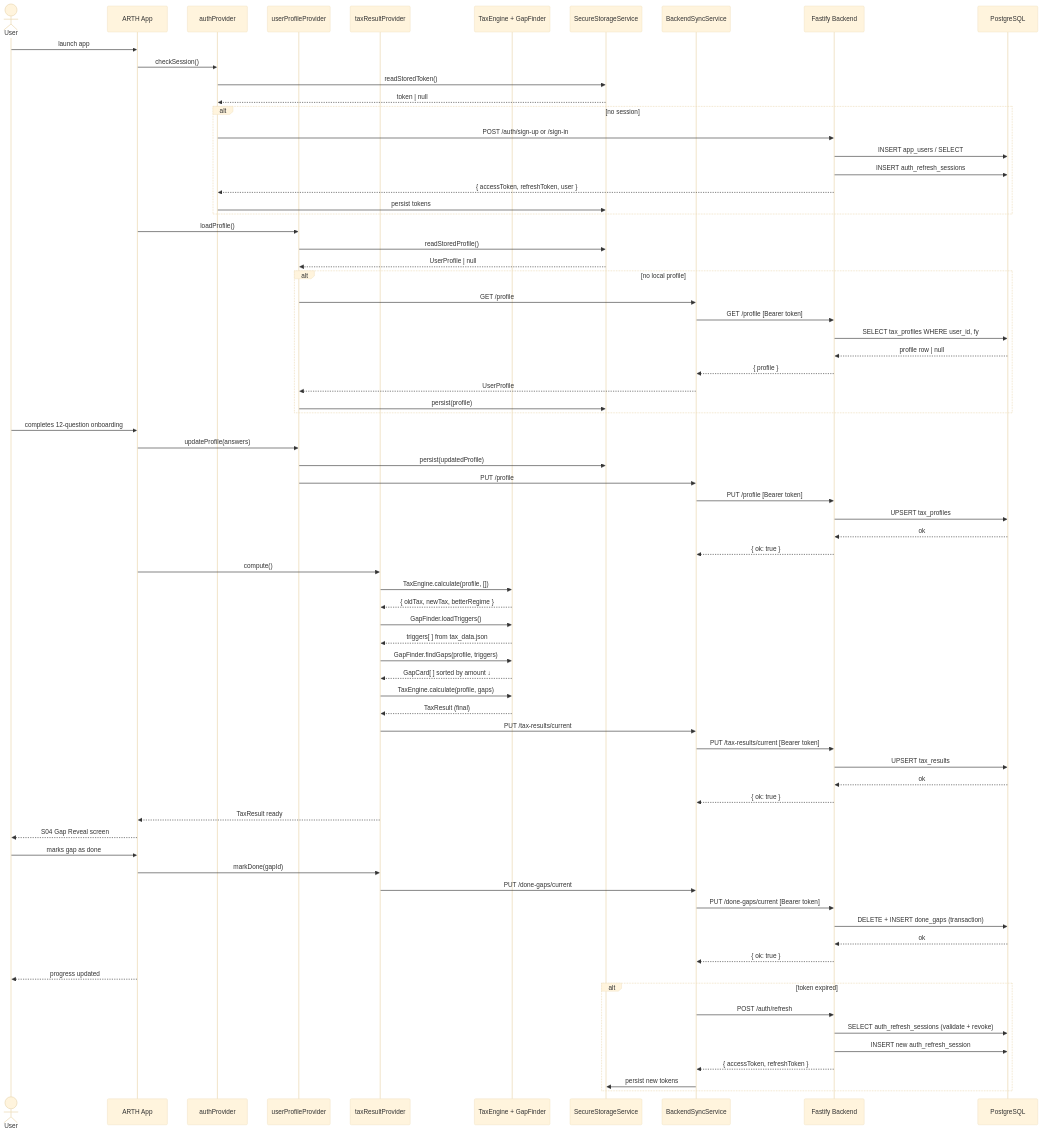
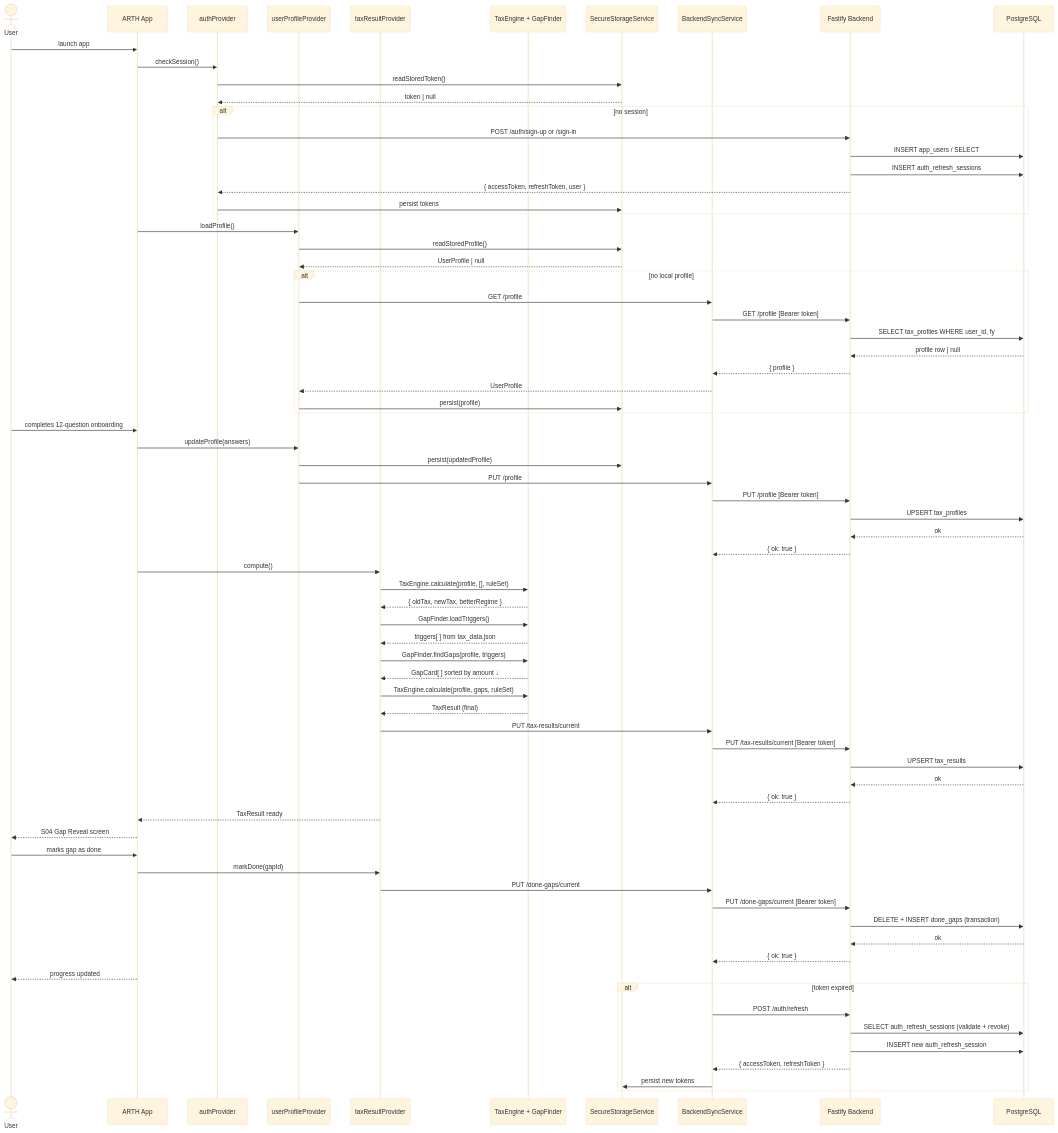
The second of 3 diagrams in README.md (rish106-hub/ARTH), drawn with Mermaid (base theme) before and after one commit. The commit also changed other lines of this file and 33 other files, not shown here.

Commit message:
Build dual-year tax law accuracy roadmap

```diff
--- a/README.md
+++ b/README.md
@@ -295,13 +309,13 @@
     Backend-->>Cloud: { ok: true }
 
     App->>TaxP: compute()
-    TaxP->>Engine: TaxEngine.calculate(profile, [])
+    TaxP->>Engine: TaxEngine.calculate(profile, [], ruleSet)
     Engine-->>TaxP: { oldTax, newTax, betterRegime }
     TaxP->>Engine: GapFinder.loadTriggers()
     Engine-->>TaxP: triggers[ ] from tax_data.json
     TaxP->>Engine: GapFinder.findGaps(profile, triggers)
     Engine-->>TaxP: GapCard[ ] sorted by amount ↓
-    TaxP->>Engine: TaxEngine.calculate(profile, gaps)
+    TaxP->>Engine: TaxEngine.calculate(profile, gaps, ruleSet)
     Engine-->>TaxP: TaxResult (final)
 
     TaxP->>Cloud: PUT /tax-results/current
```
